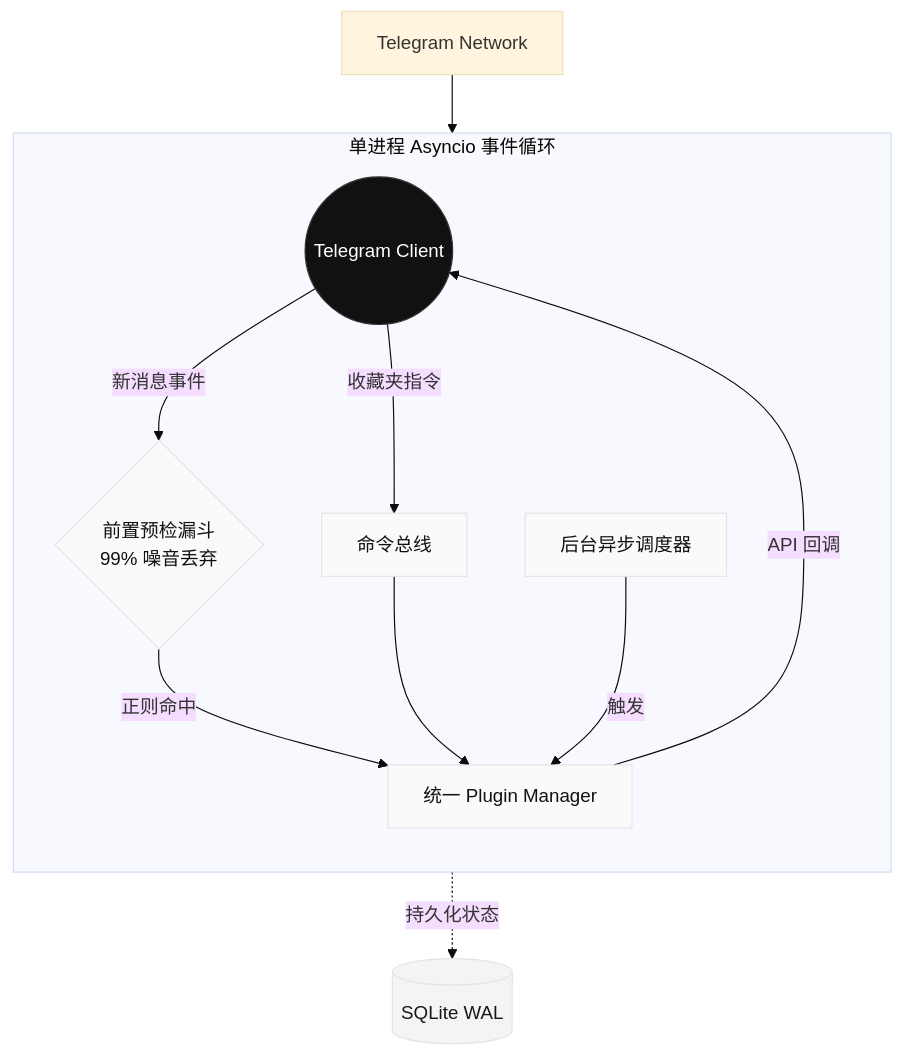
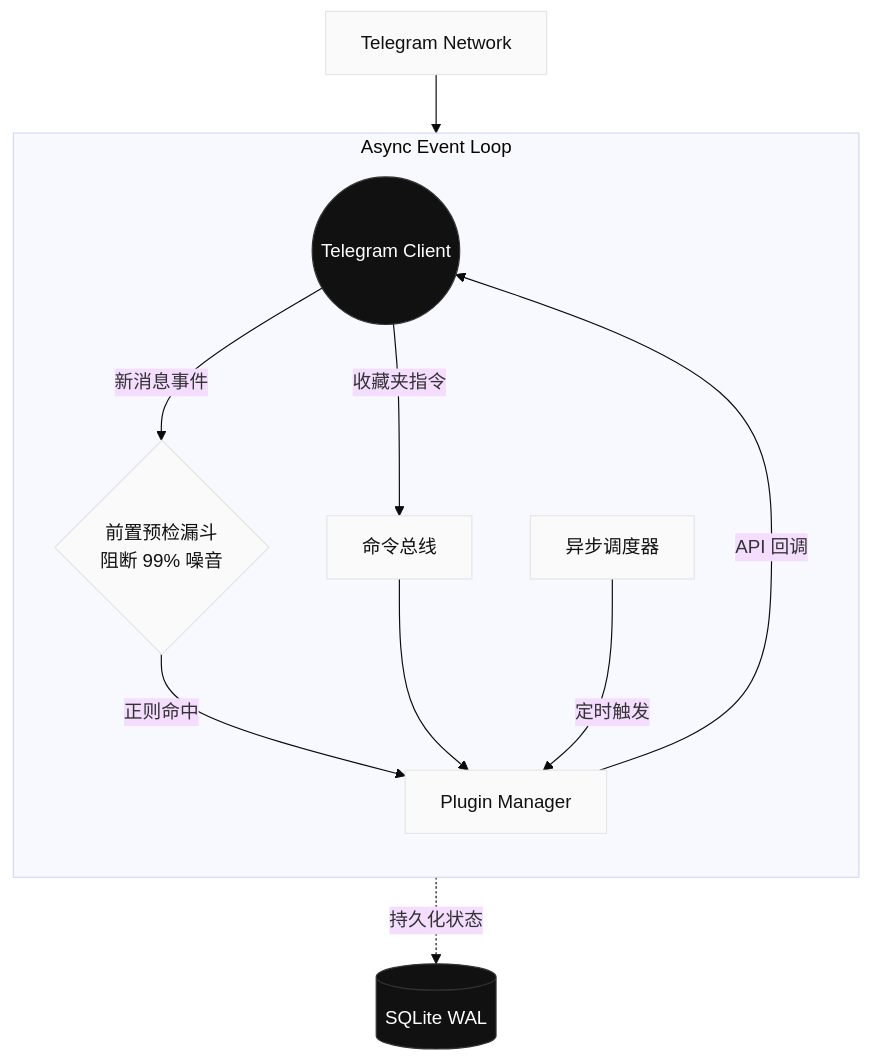
One commit to x72dev/TG-Radar changed the diagram in README.md. Above: the diagram before and after it, drawn with Mermaid (base theme). The commit also changed other lines of this file, not shown here.

````diff
--- a/README.md
+++ b/README.md
@@ -62,38 +69,29 @@
 ```mermaid
 graph TD
-  %% 现代极简配色
-  classDef core fill:#111,stroke:#333,stroke-width:1px,color:#fff
-  classDef app fill:#fafafa,stroke:#e5e5e5,stroke-width:1px,color:#111
-  classDef db fill:#f4f4f5,stroke:#e4e4e7,stroke-width:1px,color:#18181b
-
+  classDef default fill:#fafafa,stroke:#e5e5e5,stroke-width:1px,color:#111
+  classDef dark fill:#111,stroke:#333,stroke-width:1px,color:#fff
+  
   Network[Telegram Network] --> EventLoop
   
-  subgraph TG-Radar App [单进程 Asyncio 事件循环]
+  subgraph TG-Radar Core [Async Event Loop]
     direction TB
-    EventLoop((Telegram Client)) 
+    EventLoop((Telegram Client)):::dark
     
-    Filter{前置预检漏斗<br>99% 噪音丢弃}
+    Filter{前置预检漏斗<br/>阻断 99% 噪音}
     
-    PM[统一 Plugin Manager]
+    PM[Plugin Manager]
     CmdBus[命令总线]
-    Scheduler[后台异步调度器]
+    Scheduler[异步调度器]
     
     EventLoop -->|新消息事件| Filter
     EventLoop -->|收藏夹指令| CmdBus
     
     Filter -->|正则命中| PM
     CmdBus --> PM
-    Scheduler -->|触发| PM
+    Scheduler -->|定时触发| PM
     
     PM -->|API 回调| EventLoop
   end
 
-  PM -.->|持久化状态| DB[(SQLite WAL)]
-
-  class EventLoop core
-  class Filter app
-  class PM app
-  class CmdBus app
-  class Scheduler app
-  class DB db
+  PM -.->|持久化状态| DB[(SQLite WAL)]:::dark
 ```
````
